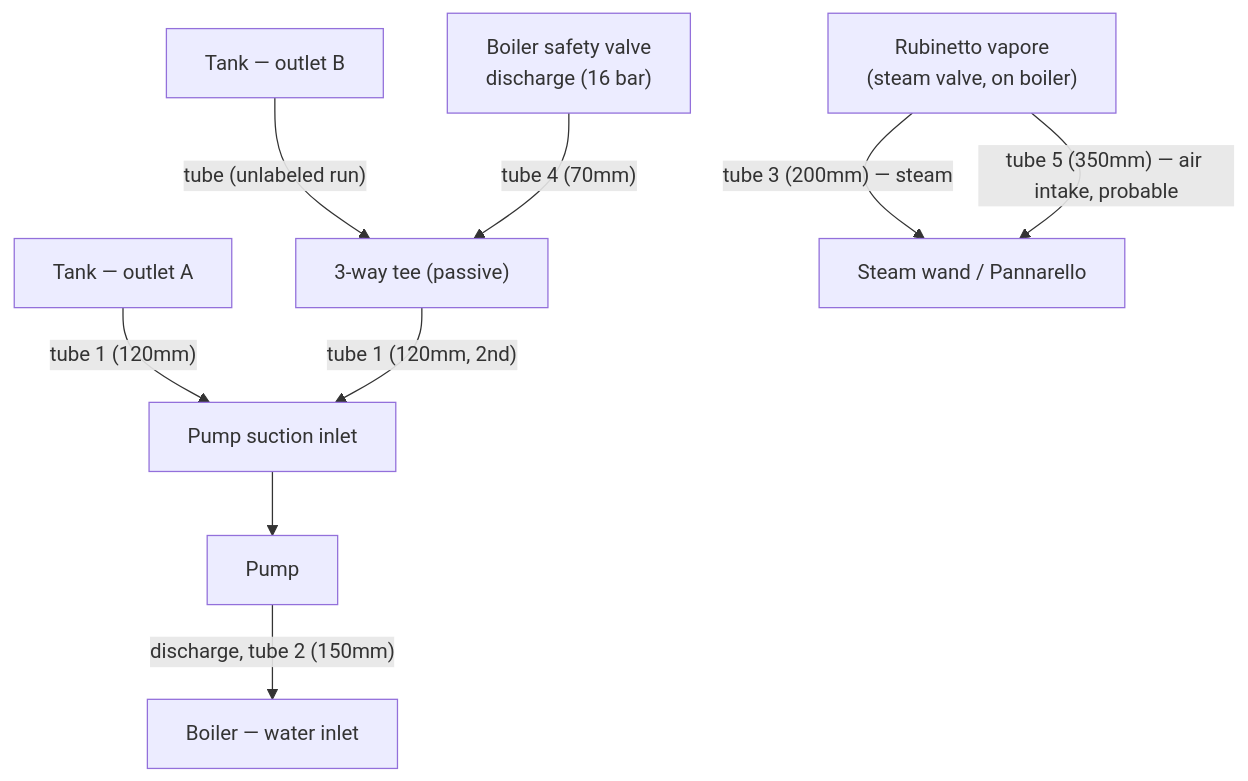
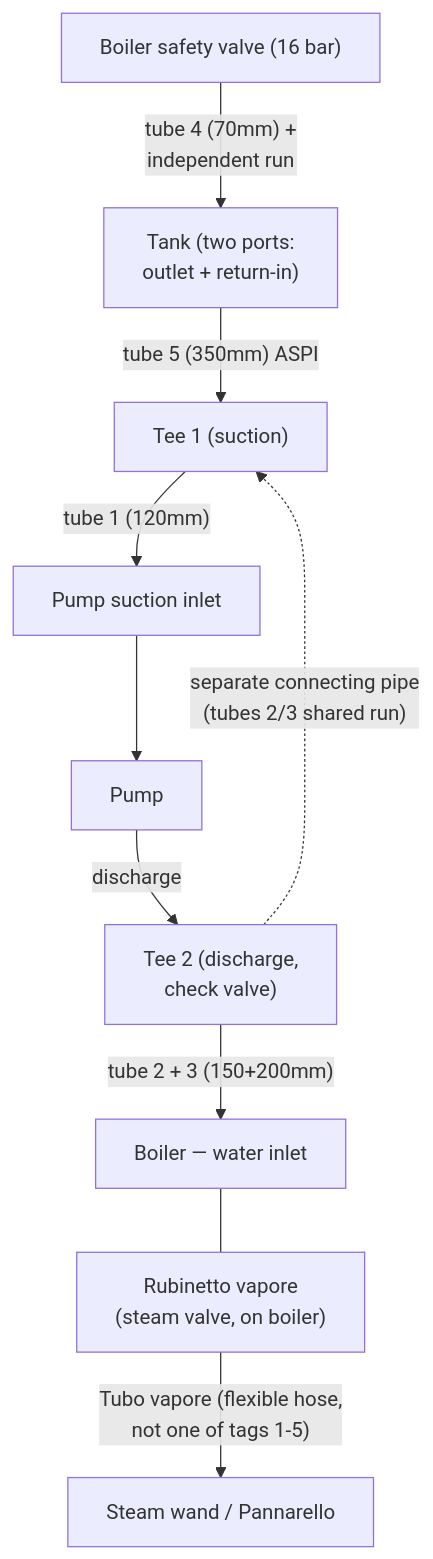
One commit to benykoren/gaggia-brew-master-esp changed the second of 2 diagrams in docs/oem-manuals/README.md. Above: the diagram before and after it, drawn with Mermaid. The commit also changed other lines of this file, not shown here.

First line of the commit message:
Correct hydraulic-circuit transcription: two tees, not one; fix T-fitting placement for item 7

````diff
--- a/docs/oem-manuals/README.md
+++ b/docs/oem-manuals/README.md
@@ -200,11 +277,12 @@
 ```mermaid
 flowchart TD
-    TANKA["Tank — outlet A"] -- "tube 1 (120mm)" --> PUMPIN["Pump suction inlet"]
-    TANKB["Tank — outlet B"] -- "tube (unlabeled run)" --> TWAY["3-way tee (passive)"]
-    SAFETY["Boiler safety valve<br/>discharge (16 bar)"] -- "tube 4 (70mm)" --> TWAY
-    TWAY -- "tube 1 (120mm, 2nd)" --> PUMPIN
+    TANK["Tank (two ports:<br/>outlet + return-in)"] -- "tube 5 (350mm) ASPI" --> T1["Tee 1 (suction)"]
+    T1 -- "tube 1 (120mm)" --> PUMPIN["Pump suction inlet"]
     PUMPIN --> PUMP["Pump"]
-    PUMP -- "discharge, tube 2 (150mm)" --> BOILER["Boiler — water inlet"]
-    RVAP["Rubinetto vapore<br/>(steam valve, on boiler)"] -- "tube 3 (200mm) — steam" --> WAND["Steam wand / Pannarello"]
-    RVAP -- "tube 5 (350mm) — air intake, probable" --> WAND
+    PUMP -- "discharge" --> T2["Tee 2 (discharge,<br/>check valve)"]
+    T2 -- "tube 2 + 3 (150+200mm)" --> BOILER["Boiler — water inlet"]
+    T2 -. "separate connecting pipe<br/>(tubes 2/3 shared run)" .-> T1
+    SAFETY["Boiler safety valve (16 bar)"] -- "tube 4 (70mm) +<br/>independent run" --> TANK
+    BOILER --- RVAP["Rubinetto vapore<br/>(steam valve, on boiler)"]
+    RVAP -- "Tubo vapore (flexible hose,<br/>not one of tags 1-5)" --> WAND["Steam wand / Pannarello"]
 ```
````
